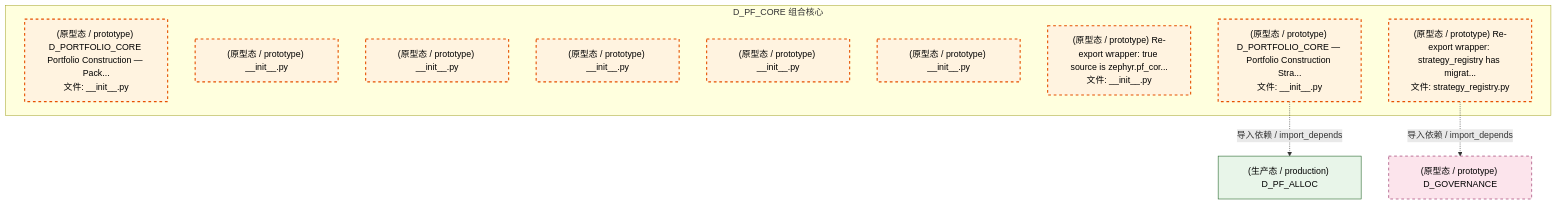
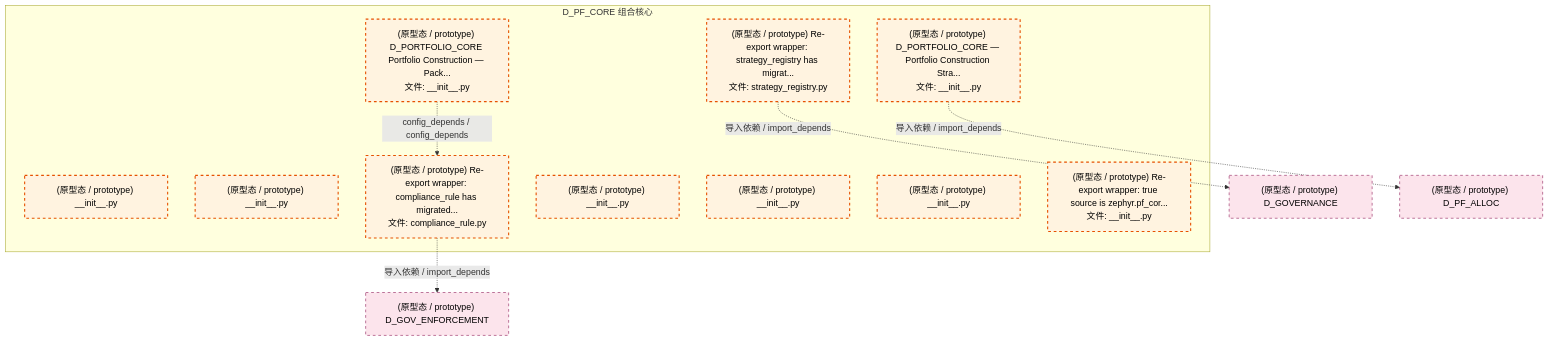
The third of 4 diagrams in docs/02_enterprise_architecture/02_domain_architecture_docs/52_d_pf_core.md (xuanFelixVan/ZephyrAlpha), drawn with Mermaid before and after one commit. The commit also changed other lines of this file and 126 other files, not shown here.

````diff
--- a/docs/02_enterprise_architecture/02_domain_architecture_docs/52_d_pf_core.md
+++ b/docs/02_enterprise_architecture/02_domain_architecture_docs/52_d_pf_core.md
@@ -143,25 +139,28 @@
 ```mermaid
 graph TD
     subgraph D_PF_CORE["D_PF_CORE 组合核心"]
         src_zephyr_pf_core_init_py["(原型态 / prototype) D_PORTFOLIO_CORE Portfolio Construction — Pack...<br/>文件: __init__.py"]
         src_zephyr_pf_core_extensions_init_py["(原型态 / prototype) __init__.py"]
         src_zephyr_pf_core_api_init_py["(原型态 / prototype) __init__.py"]
+        src_zephyr_pf_core_compliance_rule_py["(原型态 / prototype) Re-export wrapper: compliance_rule has migrated...<br/>文件: compliance_rule.py"]
         src_zephyr_pf_core_core_init_py["(原型态 / prototype) __init__.py"]
         src_zephyr_pf_core_infrastructure_init_py["(原型态 / prototype) __init__.py"]
         src_zephyr_pf_core_services_init_py["(原型态 / prototype) __init__.py"]
         src_zephyr_pf_core_strategies_init_py["(原型态 / prototype) Re-export wrapper: true source is zephyr.pf_cor...<br/>文件: __init__.py"]
         src_zephyr_pf_core_strategy_engine_init_py["(原型态 / prototype) D_PORTFOLIO_CORE — Portfolio Construction Stra...<br/>文件: __init__.py"]
         src_zephyr_pf_core_strategy_registry_py["(原型态 / prototype) Re-export wrapper: strategy_registry has migrat...<br/>文件: strategy_registry.py"]
     end
+    src_zephyr_pf_core_init_py -.->|config_depends / config_depends| src_zephyr_pf_core_compliance_rule_py
     D_GOVERNANCE["(原型态 / prototype) D_GOVERNANCE"]
     src_zephyr_pf_core_strategy_registry_py -.->|导入依赖 / import_depends| D_GOVERNANCE
-    D_PF_ALLOC["(生产态 / production) D_PF_ALLOC"]
+    D_GOV_ENFORCEMENT["(原型态 / prototype) D_GOV_ENFORCEMENT"]
+    src_zephyr_pf_core_compliance_rule_py -.->|导入依赖 / import_depends| D_GOV_ENFORCEMENT
+    D_PF_ALLOC["(原型态 / prototype) D_PF_ALLOC"]
     src_zephyr_pf_core_strategy_engine_init_py -.->|导入依赖 / import_depends| D_PF_ALLOC
     classDef production fill:#e1f5fe,stroke:#01579b,stroke-width:2px,color:#000
     classDef design fill:#fff3e0,stroke:#e65100,stroke-width:2px,color:#000,stroke-dasharray: 5 5
     classDef external_prod fill:#e8f5e9,stroke:#1b5e20,stroke-width:1px,color:#000
     classDef external_design fill:#fce4ec,stroke:#880e4f,stroke-width:1px,color:#000,stroke-dasharray: 5 5
-    class src_zephyr_pf_core_init_py,src_zephyr_pf_core_extensions_init_py,src_zephyr_pf_core_api_init_py,src_zephyr_pf_core_core_init_py,src_zephyr_pf_core_infrastructure_init_py,src_zephyr_pf_core_services_init_py,src_zephyr_pf_core_strategies_init_py,src_zephyr_pf_core_strategy_engine_init_py,src_zephyr_pf_core_strategy_registry_py design
-    class D_PF_ALLOC external_prod
-    class D_GOVERNANCE external_design
+    class src_zephyr_pf_core_init_py,src_zephyr_pf_core_extensions_init_py,src_zephyr_pf_core_api_init_py,src_zephyr_pf_core_compliance_rule_py,src_zephyr_pf_core_core_init_py,src_zephyr_pf_core_infrastructure_init_py,src_zephyr_pf_core_services_init_py,src_zephyr_pf_core_strategies_init_py,src_zephyr_pf_core_strategy_engine_init_py,src_zephyr_pf_core_strategy_registry_py design
+    class D_GOVERNANCE,D_GOV_ENFORCEMENT,D_PF_ALLOC external_design
 ```
````
